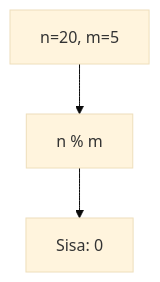
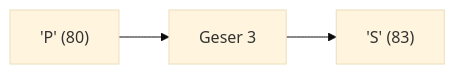
One commit to amnahwaida/OSNK_INF_PREP changed diagram 17 of 25 in part-c-pemahaman-cpp/01-tipe-data/latihan/set-07.md. Above: the diagram before and after it, drawn with Mermaid (base theme). The commit also changed other lines of this file and 71 other files, not shown here.

````diff
--- a/part-c-pemahaman-cpp/01-tipe-data/latihan/set-07.md
+++ b/part-c-pemahaman-cpp/01-tipe-data/latihan/set-07.md
@@ -429,5 +477,5 @@
 ```mermaid
-graph TD
-A["n=20, m=5"] --> B["n % m"]
-B --> C["Sisa: 0"]
+graph LR
+A["'P' (80)"] --> B["Geser 3"]
+B --> C["'S' (83)"]
 ```
````
